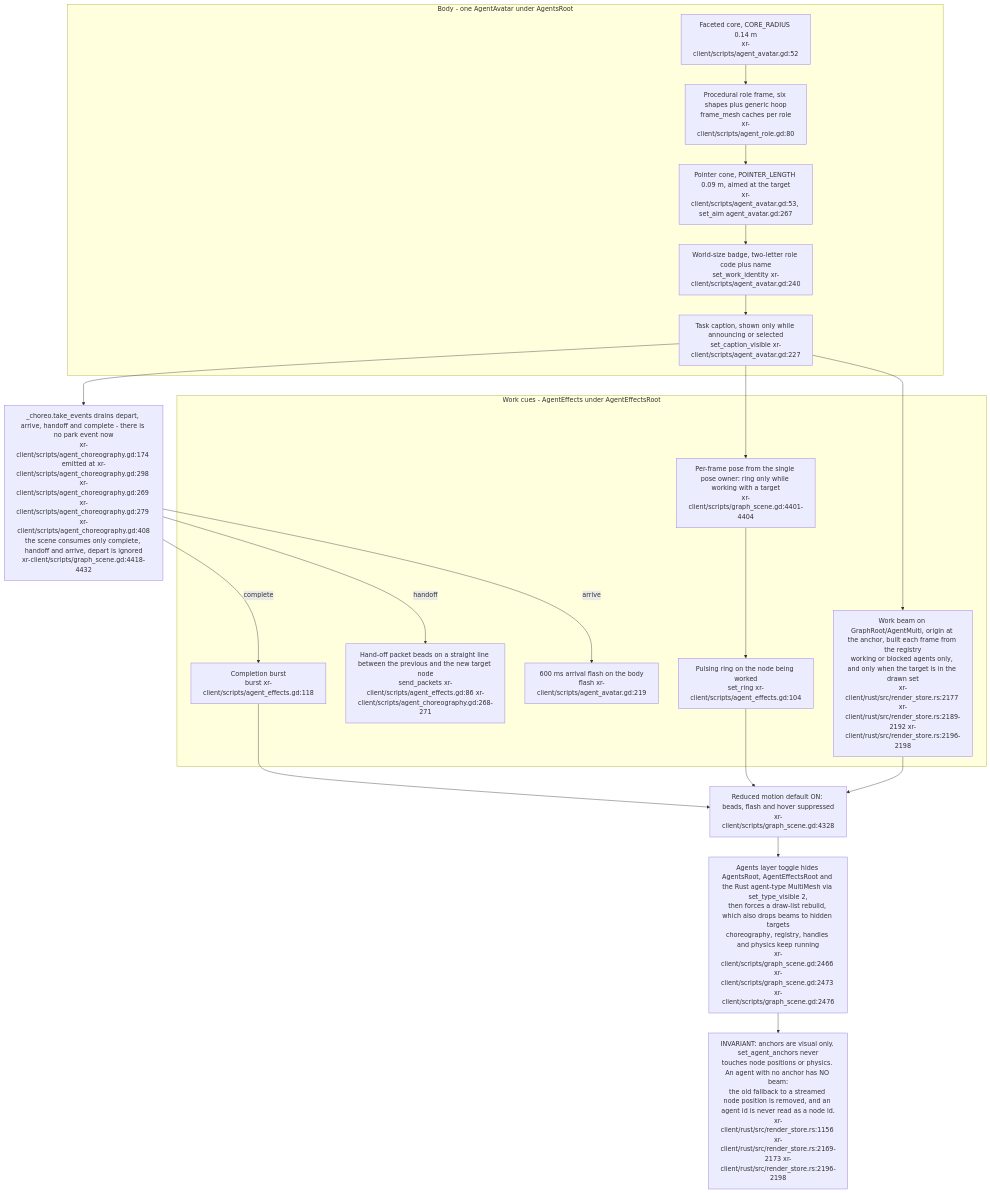
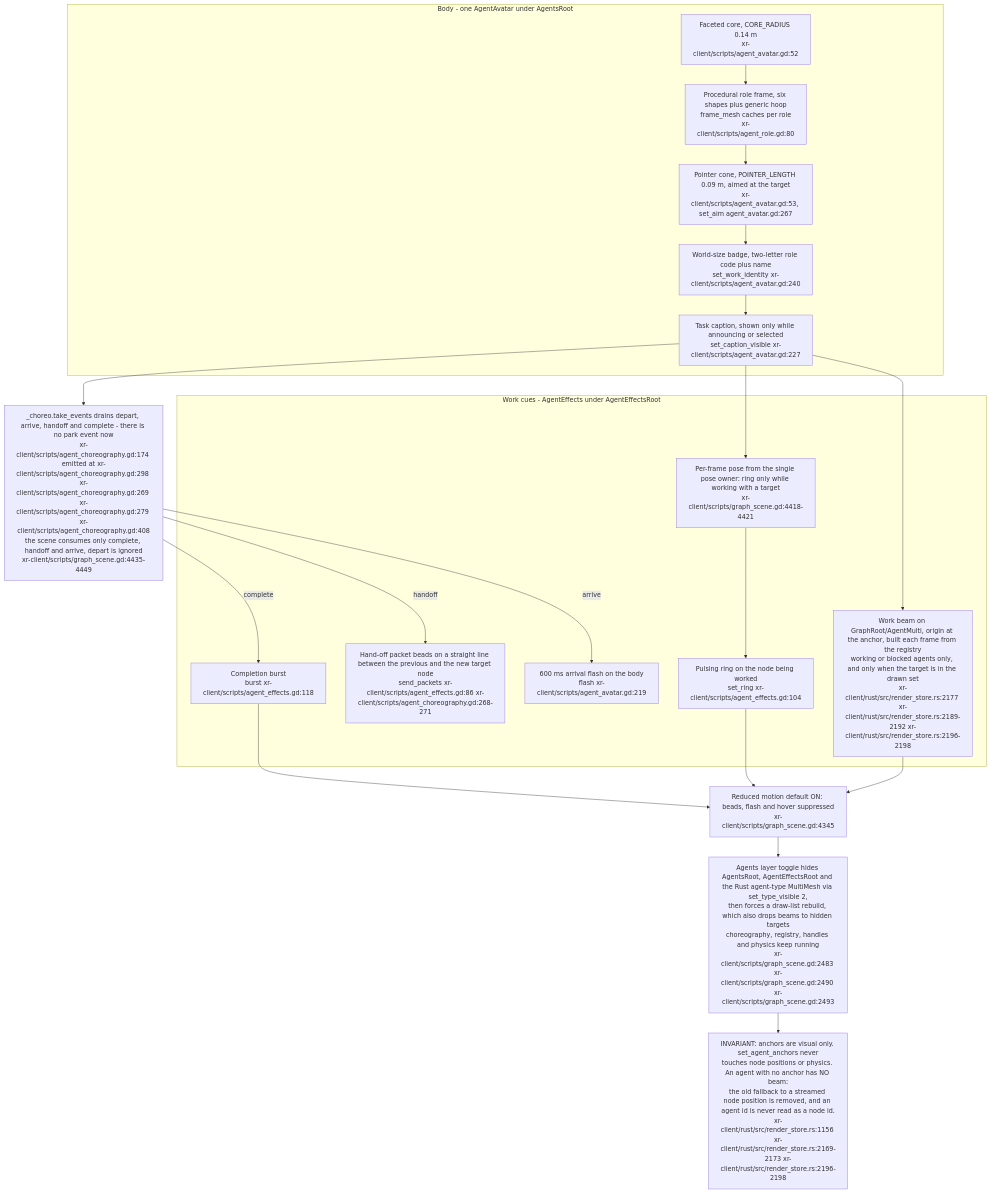
Before and after one commit to DreamLab-AI/VisionFlow: diagram 23 of 30 in docs/diagrams/visionclaw/36-godot-xr-client.md, drawn with Mermaid. The commit also changed other lines of this file and 49 other files, not shown here.

First line of the commit message:
docs(diagrams): re-derive and re-stamp VisionClaw, estate, knowledge-graph, visionGraph, VisionFlow and sidestr topics

````diff
--- a/docs/diagrams/visionclaw/36-godot-xr-client.md
+++ b/docs/diagrams/visionclaw/36-godot-xr-client.md
@@ -1191,32 +1191,32 @@
 ```mermaid
 flowchart TB
     subgraph body["Body - one AgentAvatar under AgentsRoot"]
         CORE["Faceted core, CORE_RADIUS 0.14 m<br/>xr-client/scripts/agent_avatar.gd:52"]
         FRAME["Procedural role frame, six shapes plus generic hoop<br/>frame_mesh caches per role<br/>xr-client/scripts/agent_role.gd:80"]
         PTR["Pointer cone, POINTER_LENGTH 0.09 m, aimed at the target<br/>xr-client/scripts/agent_avatar.gd:53, set_aim agent_avatar.gd:267"]
         BADGE["World-size badge, two-letter role code plus name<br/>set_work_identity xr-client/scripts/agent_avatar.gd:240"]
         CAP["Task caption, shown only while announcing or selected<br/>set_caption_visible xr-client/scripts/agent_avatar.gd:227"]
     end
     subgraph fx["Work cues - AgentEffects under AgentEffectsRoot"]
         RING["Pulsing ring on the node being worked<br/>set_ring xr-client/scripts/agent_effects.gd:104"]
         BEADS["Hand-off packet beads on a straight line between the previous and the new target node<br/>send_packets xr-client/scripts/agent_effects.gd:86 xr-client/scripts/agent_choreography.gd:268-271"]
         FLASH["600 ms arrival flash on the body<br/>flash xr-client/scripts/agent_avatar.gd:219"]
         BURST["Completion burst<br/>burst xr-client/scripts/agent_effects.gd:118"]
         BEAM["Work beam on GraphRoot/AgentMulti, origin at the anchor, built each frame from the registry<br/>working or blocked agents only, and only when the target is in the drawn set<br/>xr-client/rust/src/render_store.rs:2177 xr-client/rust/src/render_store.rs:2189-2192 xr-client/rust/src/render_store.rs:2196-2198"]
-        POSE["Per-frame pose from the single pose owner: ring only while working with a target<br/>xr-client/scripts/graph_scene.gd:4401-4404"]
+        POSE["Per-frame pose from the single pose owner: ring only while working with a target<br/>xr-client/scripts/graph_scene.gd:4418-4421"]
     end
-    EV["_choreo.take_events drains depart, arrive, handoff and complete - there is no park event now<br/>xr-client/scripts/agent_choreography.gd:174 emitted at xr-client/scripts/agent_choreography.gd:298 xr-client/scripts/agent_choreography.gd:269 xr-client/scripts/agent_choreography.gd:279 xr-client/scripts/agent_choreography.gd:408<br/>the scene consumes only complete, handoff and arrive, depart is ignored<br/>xr-client/scripts/graph_scene.gd:4418-4432"]
-    RM["Reduced motion default ON: beads, flash and hover suppressed<br/>xr-client/scripts/graph_scene.gd:4328"]
-    TOG["Agents layer toggle hides AgentsRoot, AgentEffectsRoot and the Rust agent-type MultiMesh via set_type_visible 2,<br/>then forces a draw-list rebuild, which also drops beams to hidden targets<br/>choreography, registry, handles and physics keep running<br/>xr-client/scripts/graph_scene.gd:2466 xr-client/scripts/graph_scene.gd:2473 xr-client/scripts/graph_scene.gd:2476"]
+    EV["_choreo.take_events drains depart, arrive, handoff and complete - there is no park event now<br/>xr-client/scripts/agent_choreography.gd:174 emitted at xr-client/scripts/agent_choreography.gd:298 xr-client/scripts/agent_choreography.gd:269 xr-client/scripts/agent_choreography.gd:279 xr-client/scripts/agent_choreography.gd:408<br/>the scene consumes only complete, handoff and arrive, depart is ignored<br/>xr-client/scripts/graph_scene.gd:4435-4449"]
+    RM["Reduced motion default ON: beads, flash and hover suppressed<br/>xr-client/scripts/graph_scene.gd:4345"]
+    TOG["Agents layer toggle hides AgentsRoot, AgentEffectsRoot and the Rust agent-type MultiMesh via set_type_visible 2,<br/>then forces a draw-list rebuild, which also drops beams to hidden targets<br/>choreography, registry, handles and physics keep running<br/>xr-client/scripts/graph_scene.gd:2483 xr-client/scripts/graph_scene.gd:2490 xr-client/scripts/graph_scene.gd:2493"]
     CORE --> FRAME --> PTR --> BADGE --> CAP
     CAP --> EV
     EV -->|"handoff"| BEADS
     EV -->|"arrive"| FLASH
     EV -->|"complete"| BURST
     CAP --> POSE --> RING
     CAP --> BEAM
     BURST --> RM
     RING --> RM
     BEAM --> RM --> TOG
     TOG --> INV["INVARIANT: anchors are visual only. set_agent_anchors never<br/>touches node positions or physics. An agent with no anchor has NO beam:<br/>the old fallback to a streamed node position is removed, and an agent id is never read as a node id.<br/>xr-client/rust/src/render_store.rs:1156 xr-client/rust/src/render_store.rs:2169-2173 xr-client/rust/src/render_store.rs:2196-2198"]
 ```
````
